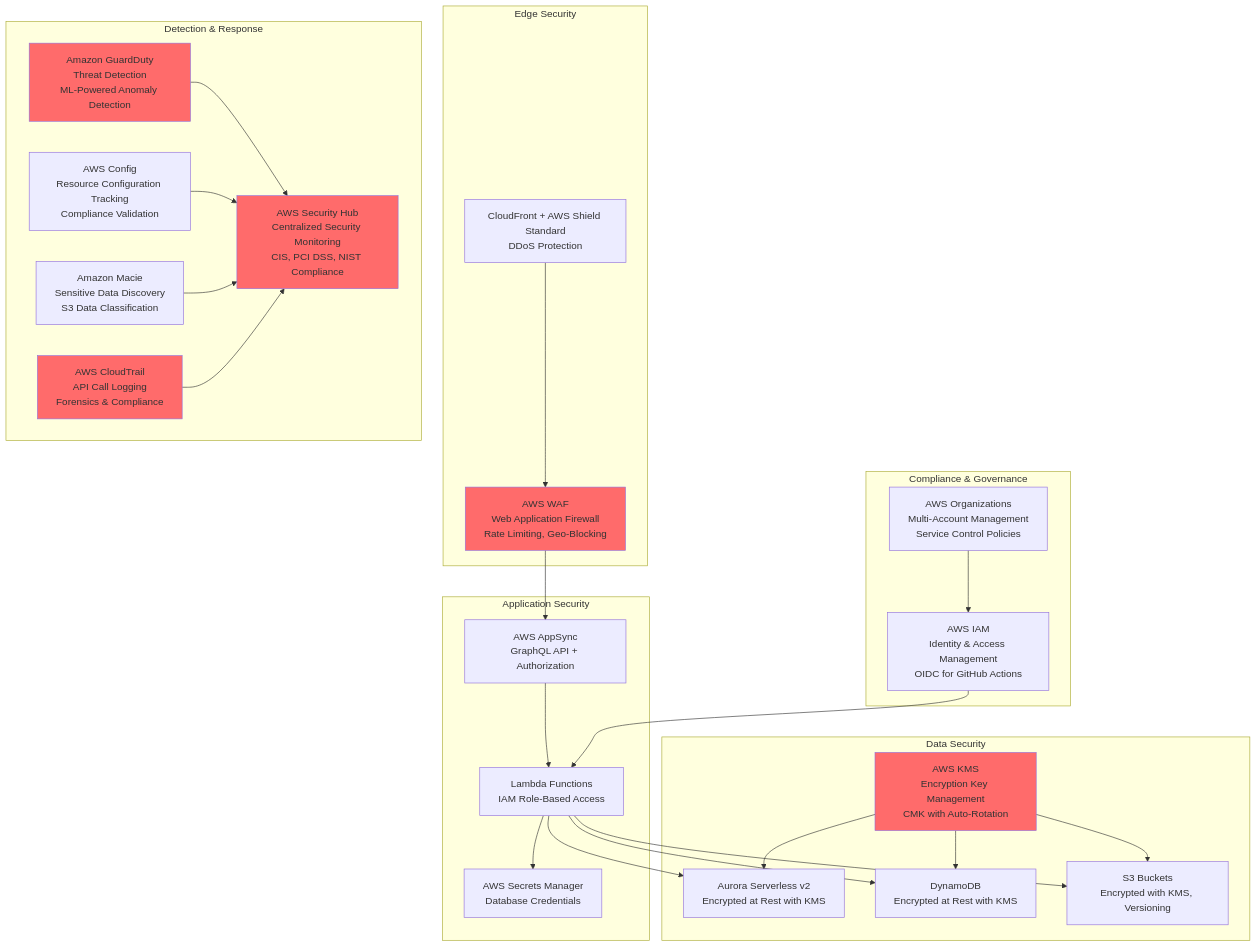
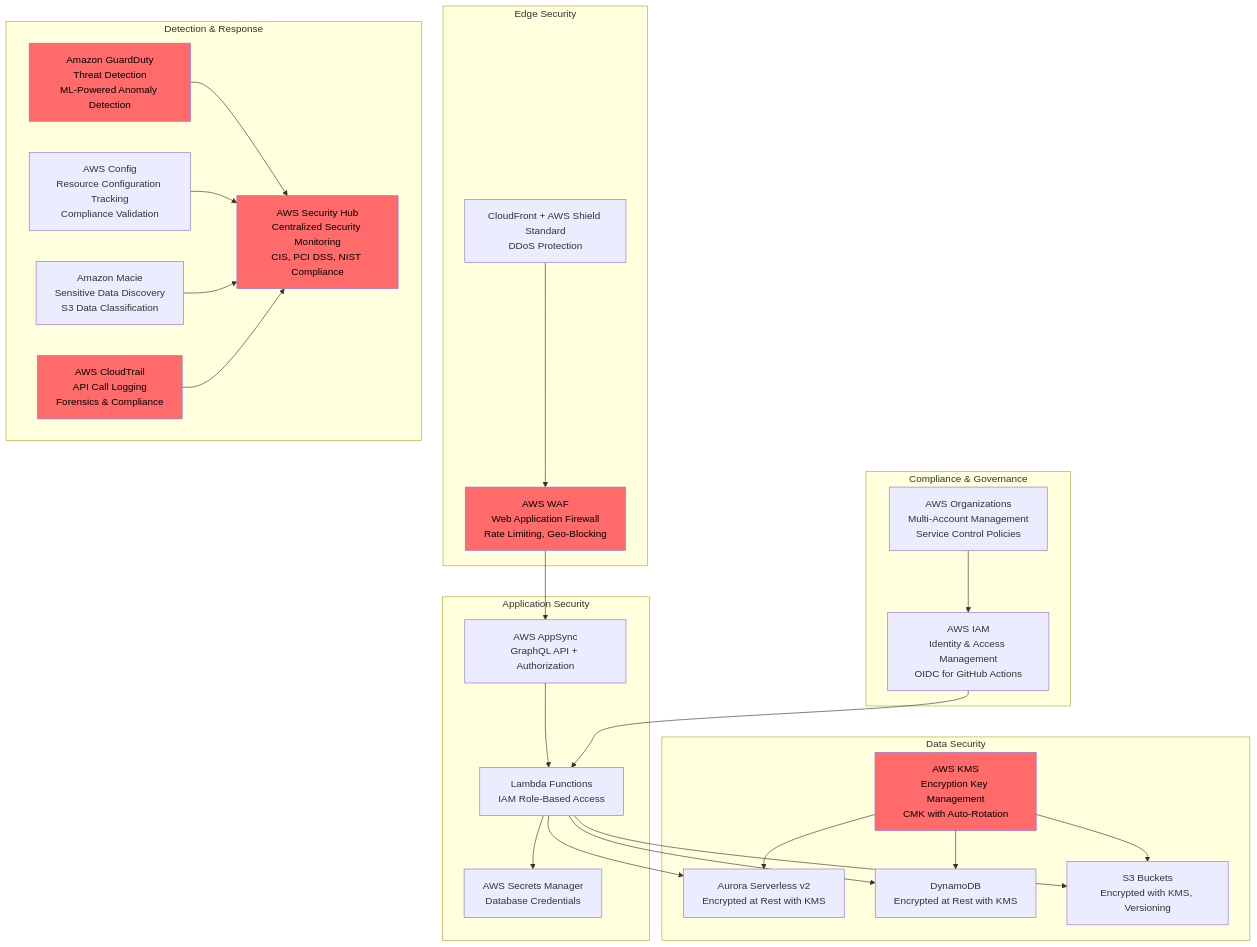
Before and after one commit to Hack23/riksdagsmonitor: the tenth of 14 diagrams in FUTURE_ARCHITECTURE.md, drawn with Mermaid. The commit also changed other lines of this file and 11 other files, not shown here.

First line of the commit message:
Fix broken mermaid diagrams: SWOT gantt, quadrantChart theming, init quotes, text colors

````diff
--- a/FUTURE_ARCHITECTURE.md
+++ b/FUTURE_ARCHITECTURE.md
@@ -1194,59 +1194,59 @@
 ```mermaid
 graph TB
     subgraph "Edge Security"
         CloudFront[CloudFront + AWS Shield Standard<br/>DDoS Protection]
         WAF[AWS WAF<br/>Web Application Firewall<br/>Rate Limiting, Geo-Blocking]
     end
     
     subgraph "Application Security"
         AppSync[AWS AppSync<br/>GraphQL API + Authorization]
         Lambda[Lambda Functions<br/>IAM Role-Based Access]
         Secrets[AWS Secrets Manager<br/>Database Credentials]
     end
     
     subgraph "Data Security"
         KMS[AWS KMS<br/>Encryption Key Management<br/>CMK with Auto-Rotation]
         Aurora[Aurora Serverless v2<br/>Encrypted at Rest with KMS]
         DynamoDB[DynamoDB<br/>Encrypted at Rest with KMS]
         S3[S3 Buckets<br/>Encrypted with KMS, Versioning]
     end
     
     subgraph "Detection & Response"
         GuardDuty[Amazon GuardDuty<br/>Threat Detection<br/>ML-Powered Anomaly Detection]
         SecurityHub[AWS Security Hub<br/>Centralized Security Monitoring<br/>CIS, PCI DSS, NIST Compliance]
         CloudTrail[AWS CloudTrail<br/>API Call Logging<br/>Forensics & Compliance]
         Config[AWS Config<br/>Resource Configuration Tracking<br/>Compliance Validation]
         Macie[Amazon Macie<br/>Sensitive Data Discovery<br/>S3 Data Classification]
     end
     
     subgraph "Compliance & Governance"
         IAM[AWS IAM<br/>Identity & Access Management<br/>OIDC for GitHub Actions]
         Organizations[AWS Organizations<br/>Multi-Account Management<br/>Service Control Policies]
     end
     
     CloudFront --> WAF
     WAF --> AppSync
     AppSync --> Lambda
     Lambda --> Secrets
     Lambda --> Aurora
     Lambda --> DynamoDB
     Lambda --> S3
     
     KMS --> Aurora
     KMS --> DynamoDB
     KMS --> S3
     
     GuardDuty --> SecurityHub
     Config --> SecurityHub
     Macie --> SecurityHub
     CloudTrail --> SecurityHub
     
     IAM --> Lambda
     Organizations --> IAM
     
-    style WAF fill:#FF6B6B
-    style GuardDuty fill:#FF6B6B
-    style SecurityHub fill:#FF6B6B
-    style KMS fill:#FF6B6B
-    style CloudTrail fill:#FF6B6B
+    style WAF fill:#FF6B6B,color:#000000
+    style GuardDuty fill:#FF6B6B,color:#000000
+    style SecurityHub fill:#FF6B6B,color:#000000
+    style KMS fill:#FF6B6B,color:#000000
+    style CloudTrail fill:#FF6B6B,color:#000000
 ```
````
